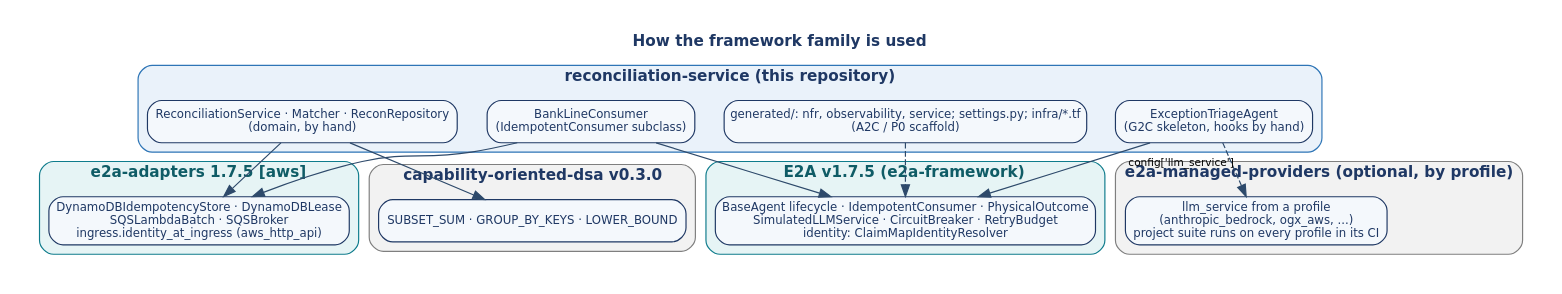
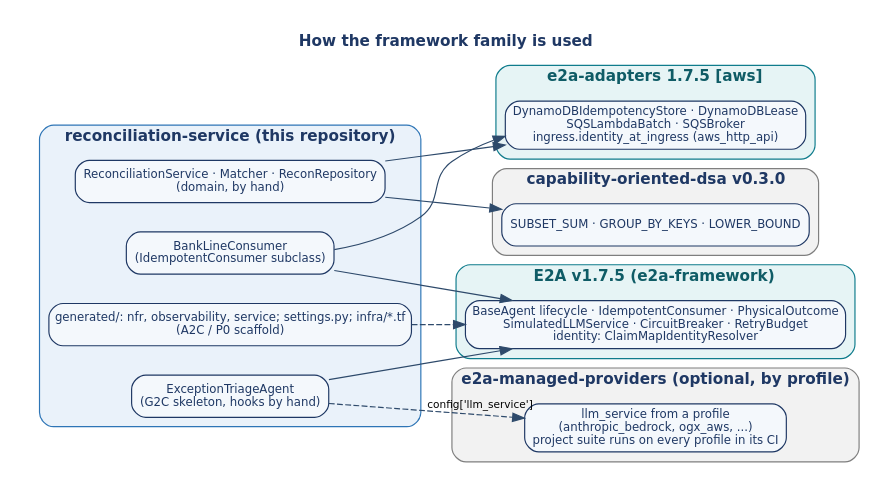
The diagram in docs/design/diagrams/03_framework_fit.dot (subhamviky/aws-reconciliation-engine), drawn with Graphviz before and after one commit. The commit also changed 2 other files, not shown here.

Commit message:
docs(design): readable framework-fit diagram
Claude-Session: https://claude.ai/code/session_01ArrRtrXyLLMMWD5wHSKbQ4

```diff
--- a/docs/design/diagrams/03_framework_fit.dot
+++ b/docs/design/diagrams/03_framework_fit.dot
@@ -1,25 +1,25 @@
 digraph G {
-  graph [rankdir=TB, compound=true, fontname="DejaVu Sans", fontsize=13, labelloc=t, label=<<b>How the framework family is used</b>>, fontcolor="#1F3864", nodesep=0.35, ranksep=0.6, pad=0.25];
+  graph [rankdir=LR, compound=true, fontname="DejaVu Sans", fontsize=13, labelloc=t, label=<<b>How the framework family is used</b>>, fontcolor="#1F3864", nodesep=0.35, ranksep=0.6, pad=0.25];
   node [shape=box, style="rounded,filled", fillcolor="#F4F8FC", color="#1F3864", fontname="DejaVu Sans", fontsize=10, fontcolor="#1F3864", margin="0.12,0.05"];
   edge [color="#2E4A6B", fontname="DejaVu Sans", fontsize=9];
   subgraph cluster_app { label=<<b>reconciliation-service (this repository)</b>>; style="rounded,filled"; fillcolor="#EAF2FA"; color="#2E75B6";
     a1 [label="ReconciliationService · Matcher · ReconRepository\n(domain, by hand)"];
     a2 [label="ExceptionTriageAgent\n(G2C skeleton, hooks by hand)"];
     a3 [label="BankLineConsumer\n(IdempotentConsumer subclass)"];
     a4 [label="generated/: nfr, observability, service; settings.py; infra/*.tf\n(A2C / P0 scaffold)"];
   }
   subgraph cluster_e2a { label=<<b>E2A v1.7.5 (e2a-framework)</b>>; style="rounded,filled"; fillcolor="#E6F4F5"; color="#0F7C8C"; fontcolor="#0F5C66";
     e1 [label="BaseAgent lifecycle · IdempotentConsumer · PhysicalOutcome\nSimulatedLLMService · CircuitBreaker · RetryBudget\nidentity: ClaimMapIdentityResolver"];
   }
   subgraph cluster_ad { label=<<b>e2a-adapters 1.7.5 [aws]</b>>; style="rounded,filled"; fillcolor="#E6F4F5"; color="#0F7C8C"; fontcolor="#0F5C66";
     e2 [label="DynamoDBIdempotencyStore · DynamoDBLease\nSQSLambdaBatch · SQSBroker\ningress.identity_at_ingress (aws_http_api)"];
   }
   subgraph cluster_mp { label=<<b>e2a-managed-providers (optional, by profile)</b>>; style="rounded,filled"; fillcolor="#F2F2F2"; color="#7F7F7F";
     e3 [label="llm_service from a profile\n(anthropic_bedrock, ogx_aws, ...)\nproject suite runs on every profile in its CI"];
   }
   subgraph cluster_dsa { label=<<b>capability-oriented-dsa v0.3.0</b>>; style="rounded,filled"; fillcolor="#F2F2F2"; color="#7F7F7F";
     d1 [label="SUBSET_SUM · GROUP_BY_KEYS · LOWER_BOUND"];
   }
   a2 -> e1; a3 -> e1; a1 -> e2; a3 -> e2; a1 -> d1; a4 -> e1 [style=dashed];
   a2 -> e3 [style=dashed, xlabel="config['llm_service']"];
 }
```
